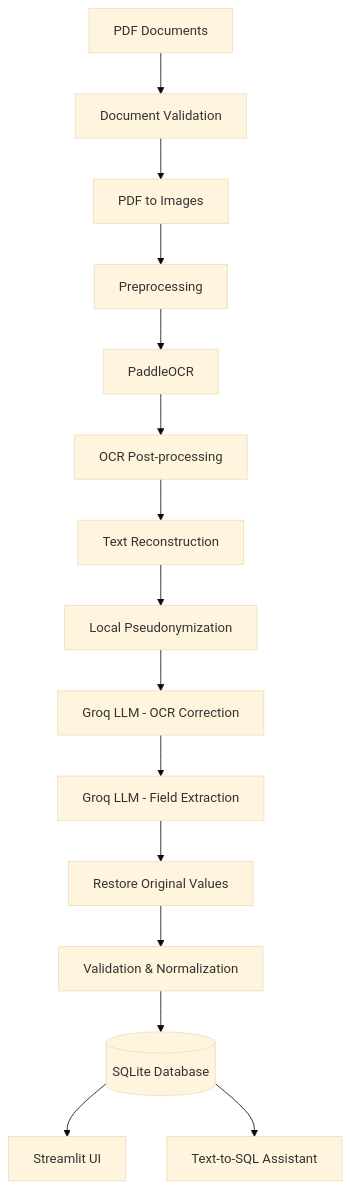
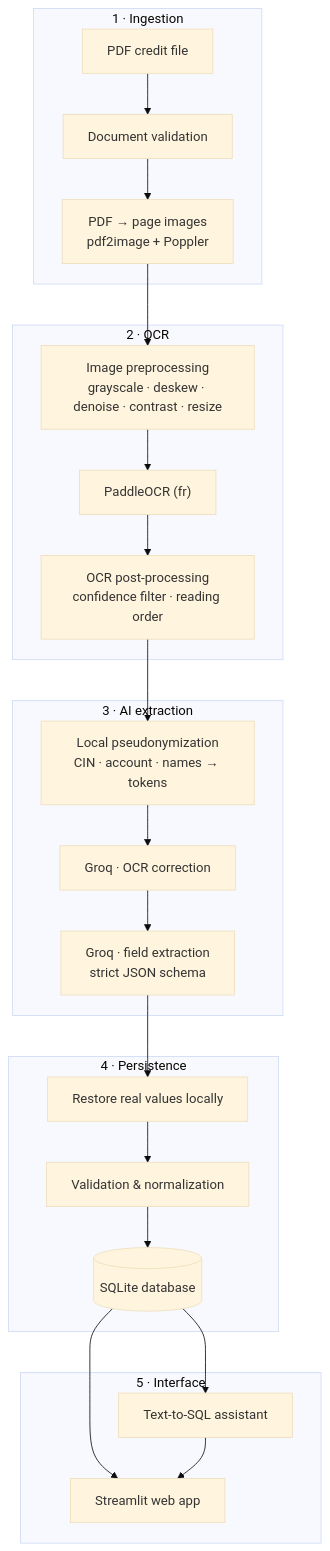
Before and after one commit to idrissizineb/MVP-Analyse-Intelligente-Des-Dossiers-De-Credit: the first of 2 diagrams in README.md, drawn with Mermaid (base theme). The commit also changed other lines of this file, not shown here.

````diff
--- a/README.md
+++ b/README.md
@@ -25,17 +67,31 @@
 ```mermaid
 flowchart TD
-    A[PDF Documents] --> B[Document Validation]
-    B --> C[PDF to Images]
-    C --> D[Preprocessing]
-    D --> E[PaddleOCR]
-    E --> F[OCR Post-processing]
-    F --> G[Text Reconstruction]
-    G --> H[Local Pseudonymization]
-    H --> I[Groq LLM - OCR Correction]
-    I --> J[Groq LLM - Field Extraction]
-    J --> K[Restore Original Values]
-    K --> L[Validation & Normalization]
-    L --> M[(SQLite Database)]
-    M --> N[Streamlit UI]
-    M --> O[Text-to-SQL Assistant]
+    subgraph ING["1 · Ingestion"]
+        A["PDF credit file"] --> B["Document validation"]
+        B --> C["PDF → page images<br/>pdf2image + Poppler"]
+    end
+
+    subgraph OCR["2 · OCR"]
+        C --> D["Image preprocessing<br/>grayscale · deskew · denoise · contrast · resize"]
+        D --> E["PaddleOCR (fr)"]
+        E --> F["OCR post-processing<br/>confidence filter · reading order"]
+    end
+
+    subgraph AI["3 · AI extraction"]
+        F --> G["Local pseudonymization<br/>CIN · account · names → tokens"]
+        G --> H["Groq · OCR correction"]
+        H --> I["Groq · field extraction<br/>strict JSON schema"]
+    end
+
+    subgraph PERS["4 · Persistence"]
+        I --> J["Restore real values locally"]
+        J --> K["Validation & normalization"]
+        K --> L[("SQLite database")]
+    end
+
+    subgraph UI["5 · Interface"]
+        L --> M["Streamlit web app"]
+        L --> N["Text-to-SQL assistant"]
+        N --> M
+    end
 ```
````
